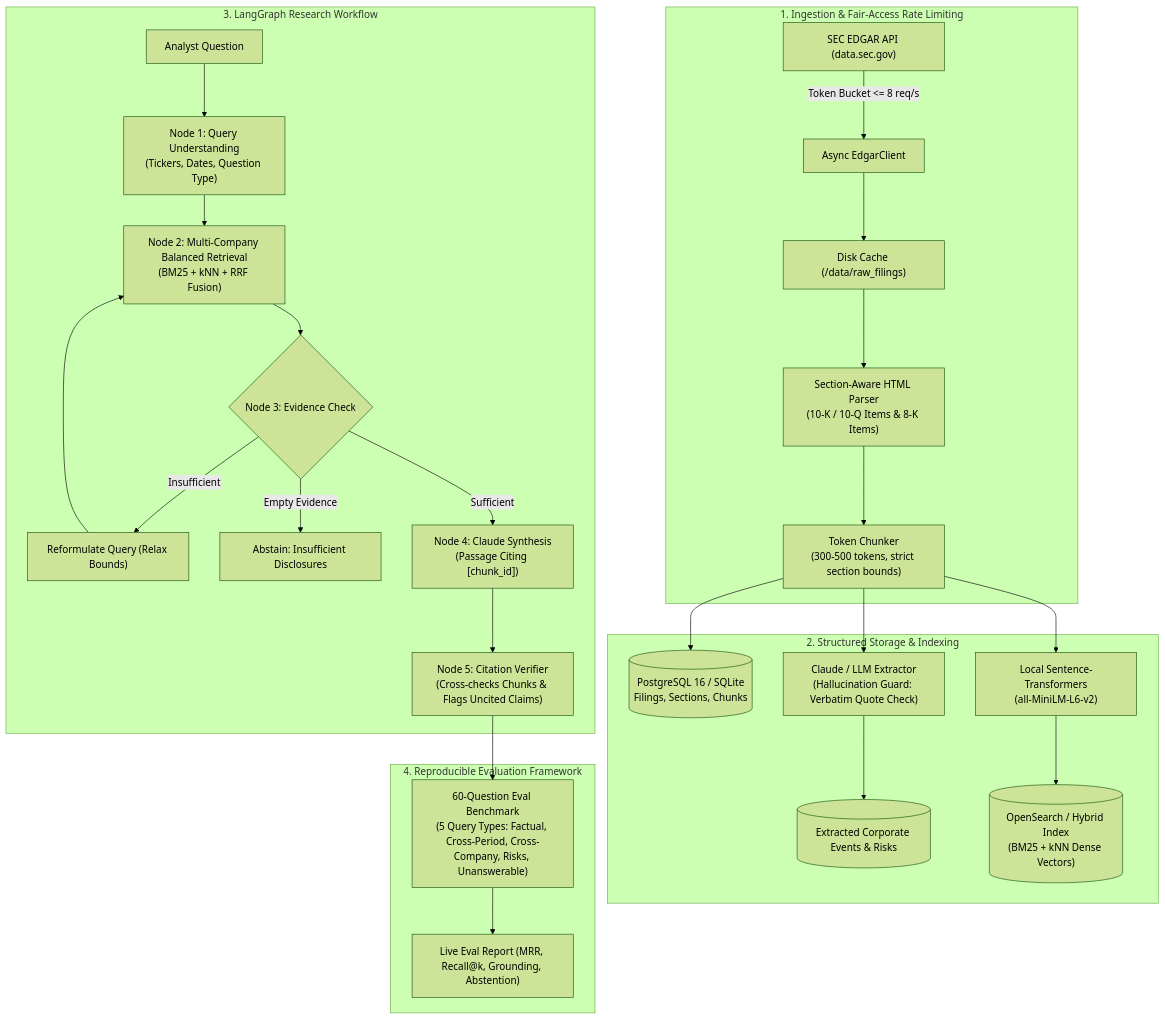
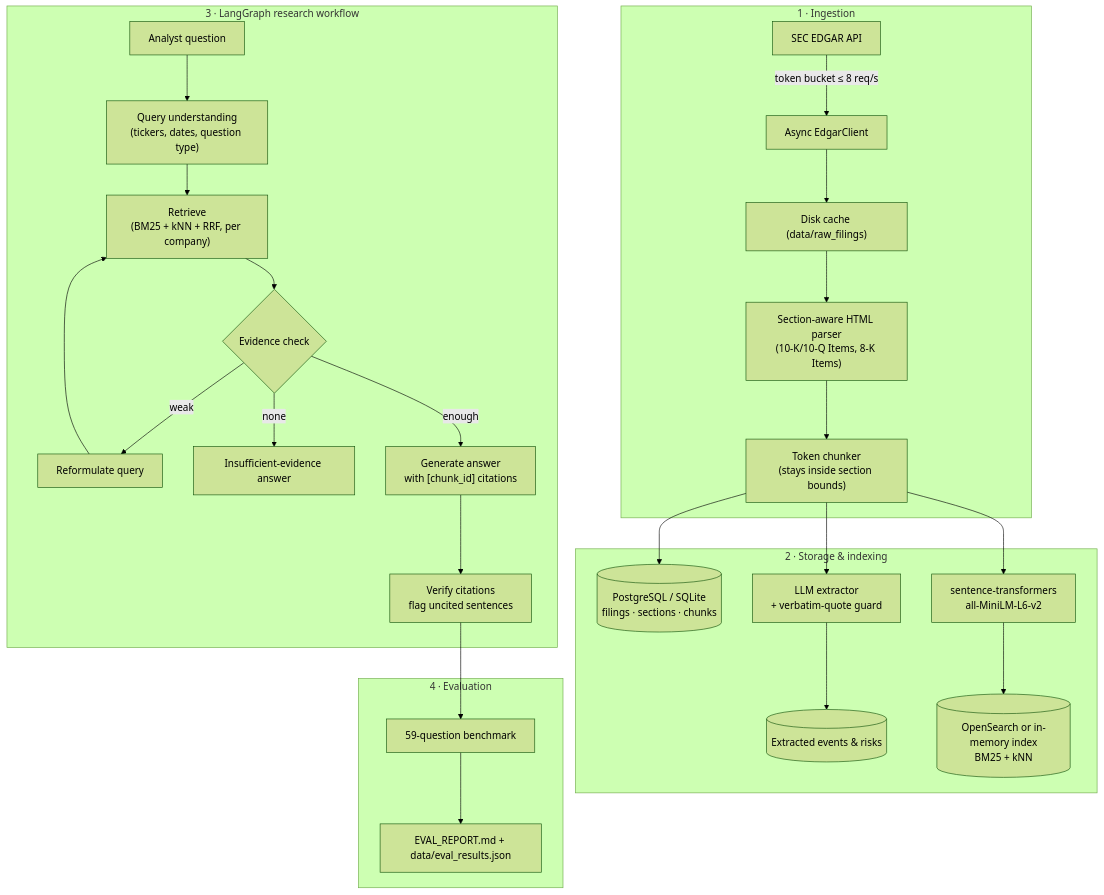
One commit to samruddhichitnis02/alphalens changed the second of 2 diagrams in README.md. Above: the diagram before and after it, drawn with Mermaid (forest theme). The commit also changed other lines of this file and 12 other files, not shown here.

First line of the commit message:
docs: rewrite README in plain language with explainer video and charts

````diff
--- a/README.md
+++ b/README.md
@@ -16,33 +64,31 @@
 ```mermaid
 flowchart TD
-    subgraph SEC_Ingestion ["1. Ingestion & Fair-Access Rate Limiting"]
-        SEC["SEC EDGAR API (data.sec.gov)"] -->|"Token Bucket <= 8 req/s"| Client["Async EdgarClient"]
-        Client --> Cache["Disk Cache (/data/raw_filings)"]
-        Cache --> Parser["Section-Aware HTML Parser\n(10-K / 10-Q Items & 8-K Items)"]
-        Parser --> Chunker["Token Chunker\n(300-500 tokens, strict section bounds)"]
+    subgraph Ingest ["1 · Ingestion"]
+        SEC["SEC EDGAR API"] -->|"token bucket ≤ 8 req/s"| Client["Async EdgarClient"]
+        Client --> Cache["Disk cache (data/raw_filings)"]
+        Cache --> Parser["Section-aware HTML parser<br/>(10-K/10-Q Items, 8-K Items)"]
+        Parser --> Chunker["Token chunker<br/>(stays inside section bounds)"]
     end
 
-    subgraph Storage_Layer ["2. Structured Storage & Indexing"]
-        Chunker --> Postgres[("PostgreSQL 16 / SQLite\nFilings, Sections, Chunks")]
-        Chunker --> Extractor["Claude / LLM Extractor\n(Hallucination Guard: Verbatim Quote Check)"]
-        Extractor --> ExtractedDB[("Extracted Corporate Events & Risks")]
-        Chunker --> Embedder["Local Sentence-Transformers\n(all-MiniLM-L6-v2)"]
-        Embedder --> OpenSearch[("OpenSearch / Hybrid Index\n(BM25 + kNN Dense Vectors)")]
+    subgraph Store ["2 · Storage & indexing"]
+        Chunker --> DB[("PostgreSQL / SQLite<br/>filings · sections · chunks")]
+        Chunker --> Extractor["LLM extractor<br/>+ verbatim-quote guard"]
+        Extractor --> Facts[("Extracted events & risks")]
+        Chunker --> Embed["sentence-transformers<br/>all-MiniLM-L6-v2"]
+        Embed --> Index[("OpenSearch or in-memory index<br/>BM25 + kNN")]
     end
 
-    subgraph LangGraph_Workflow ["3. LangGraph Research Workflow"]
-        UserQuery["Analyst Question"] --> Router["Node 1: Query Understanding\n(Tickers, Dates, Question Type)"]
-        Router --> Retriever["Node 2: Multi-Company Balanced Retrieval\n(BM25 + kNN + RRF Fusion)"]
-        Retriever --> EvidenceCheck{"Node 3: Evidence Check"}
-        EvidenceCheck -->|"Insufficient"| Reformulate["Reformulate Query (Relax Bounds)"]
-        Reformulate --> Retriever
-        EvidenceCheck -->|"Empty Evidence"| InsufficientAns["Abstain: Insufficient Disclosures"]
-        EvidenceCheck -->|"Sufficient"| Generator["Node 4: Claude Synthesis\n(Passage Citing [chunk_id])"]
-        Generator --> Verifier["Node 5: Citation Verifier\n(Cross-checks Chunks & Flags Uncited Claims)"]
+    subgraph Flow ["3 · LangGraph research workflow"]
+        Q["Analyst question"] --> N1["Query understanding<br/>(tickers, dates, question type)"]
+        N1 --> N2["Retrieve<br/>(BM25 + kNN + RRF, per company)"]
+        N2 --> N3{"Evidence check"}
+        N3 -->|"weak"| N3b["Reformulate query"] --> N2
+        N3 -->|"none"| Abstain["Insufficient-evidence answer"]
+        N3 -->|"enough"| N4["Generate answer<br/>with [chunk_id] citations"]
+        N4 --> N5["Verify citations<br/>flag uncited sentences"]
     end
 
-    subgraph Evaluation ["4. Reproducible Evaluation Framework"]
-        Verifier --> Benchmark["60-Question Eval Benchmark\n(5 Query Types: Factual, Cross-Period, Cross-Company, Risks, Unanswerable)"]
-        Benchmark --> EvalReport["Live Eval Report (MRR, Recall@k, Grounding, Abstention)"]
+    subgraph Eval ["4 · Evaluation"]
+        N5 --> Bench["59-question benchmark"] --> Report["EVAL_REPORT.md + data/eval_results.json"]
     end
 ```
````
